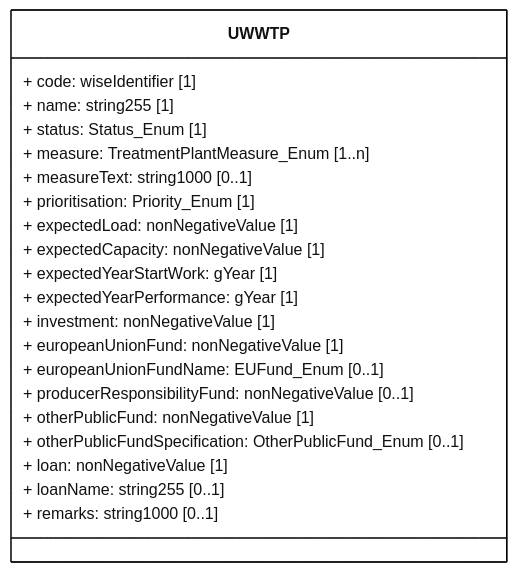
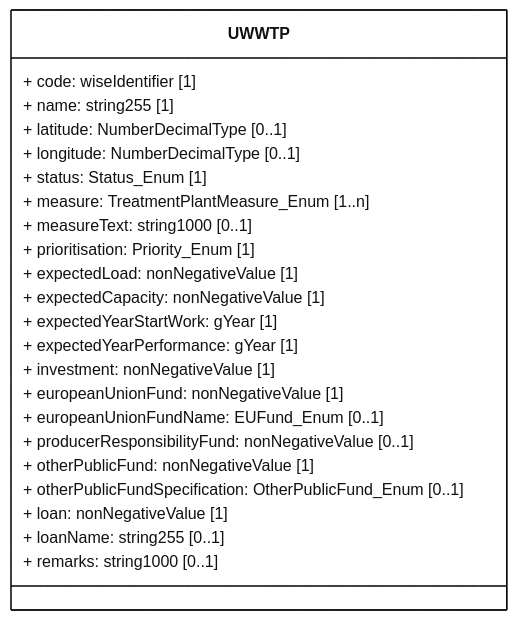
Before and after one commit to eeadata/WISE.UWWTD.Documentation: the diagram in docs/rUWWTD2024/Article23/mmd/Article23_UWWTP_ClassDiagram.mmd, drawn with Mermaid. The commit also changed 20 other files, not shown here.

```diff
--- a/docs/rUWWTD2024/Article23/mmd/Article23_UWWTP_ClassDiagram.mmd
+++ b/docs/rUWWTD2024/Article23/mmd/Article23_UWWTP_ClassDiagram.mmd
@@ -1,37 +1,38 @@
 ---
 config:
   class:
     hideEmptyMembersBox: true
   layout: dagre
   theme: neutral
 ---
 classDiagram
 direction LR
 
 class UWWTP{
     + code: wiseIdentifier [1]
     + name: string255 [1]
+    + latitude: NumberDecimalType [0..1]
+    + longitude: NumberDecimalType [0..1]
     + status: Status_Enum [1]
     + measure: TreatmentPlantMeasure_Enum [1..n]
     + measureText: string1000 [0..1]
     + prioritisation: Priority_Enum [1]
 
     + expectedLoad: nonNegativeValue [1]
     + expectedCapacity: nonNegativeValue [1]
     + expectedYearStartWork: gYear [1]
     + expectedYearPerformance: gYear [1]
 
     + investment: nonNegativeValue [1]
     + europeanUnionFund: nonNegativeValue [1]
     + europeanUnionFundName: EUFund_Enum [0..1]
     + producerResponsibilityFund: nonNegativeValue [0..1]
     + otherPublicFund: nonNegativeValue [1]
     + otherPublicFundSpecification: OtherPublicFund_Enum [0..1]
     + loan: nonNegativeValue [1]
     + loanName: string255 [0..1]
-
     + remarks: string1000 [0..1]
 }
 
 classDef default fill:white,stroke:#000;
 classDef forFixing fill:white,stroke:#f00;
```
